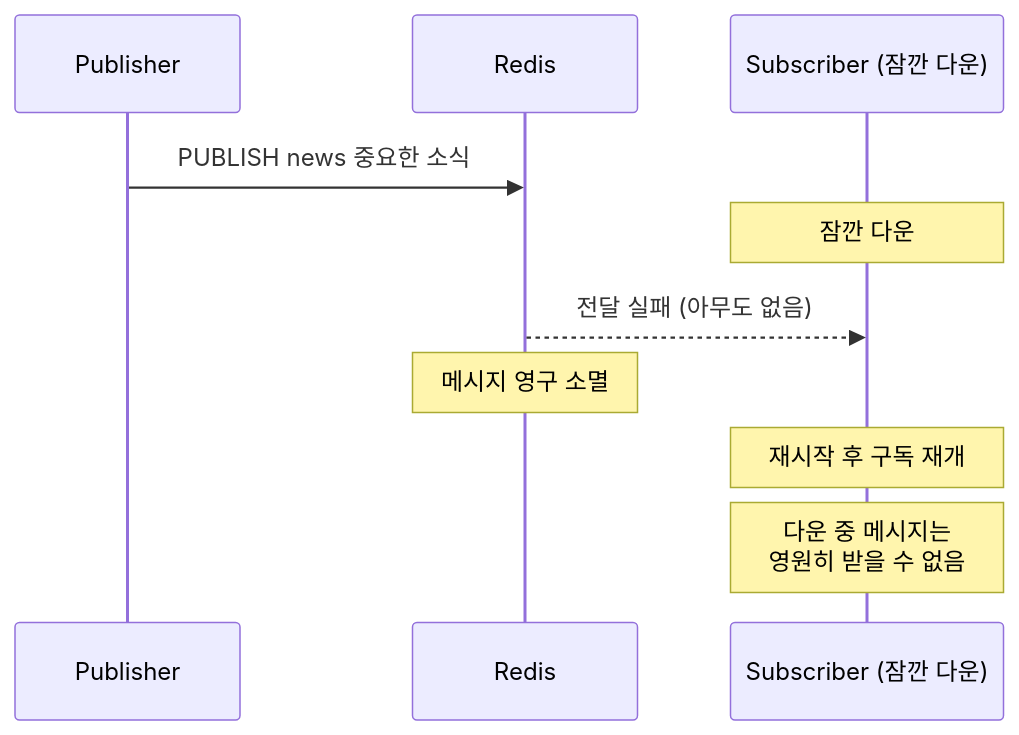
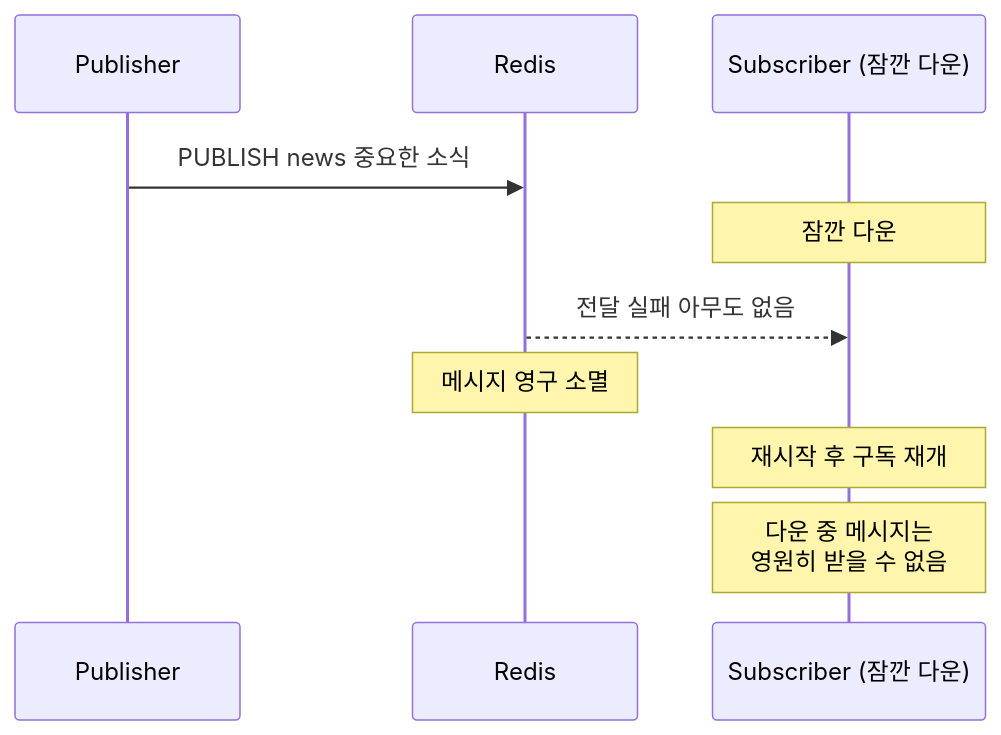
The third of 3 diagrams in _posts/redis/2026-05-01-redis-pubsub.md (yjkim2015/yjkim2015.github.io), drawn with Mermaid before and after one commit. The commit also changed 85 other files, not shown here.

First line of the commit message:
sequenceDiagram 문법 에러 2차 수정 169개 (86파일)

````diff
--- a/_posts/redis/2026-05-01-redis-pubsub.md
+++ b/_posts/redis/2026-05-01-redis-pubsub.md
@@ -258,12 +258,12 @@
 ```mermaid
 sequenceDiagram
     participant P as Publisher
     participant R as Redis
     participant S as Subscriber (잠깐 다운)
     P->>R: PUBLISH news 중요한 소식
     Note over S:  잠깐 다운
-    R-->>S: 전달 실패 (아무도 없음)
+    R-->>S: 전달 실패 아무도 없음
     Note over R: 메시지 영구 소멸
     Note over S: 재시작 후 구독 재개
     Note over S: 다운 중 메시지는<br>영원히 받을 수 없음
 ```
````
